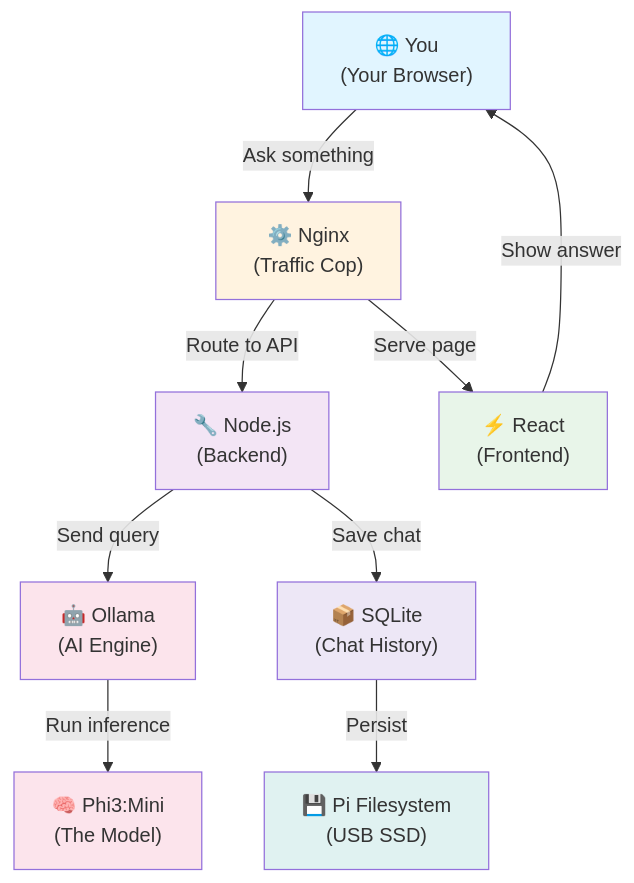
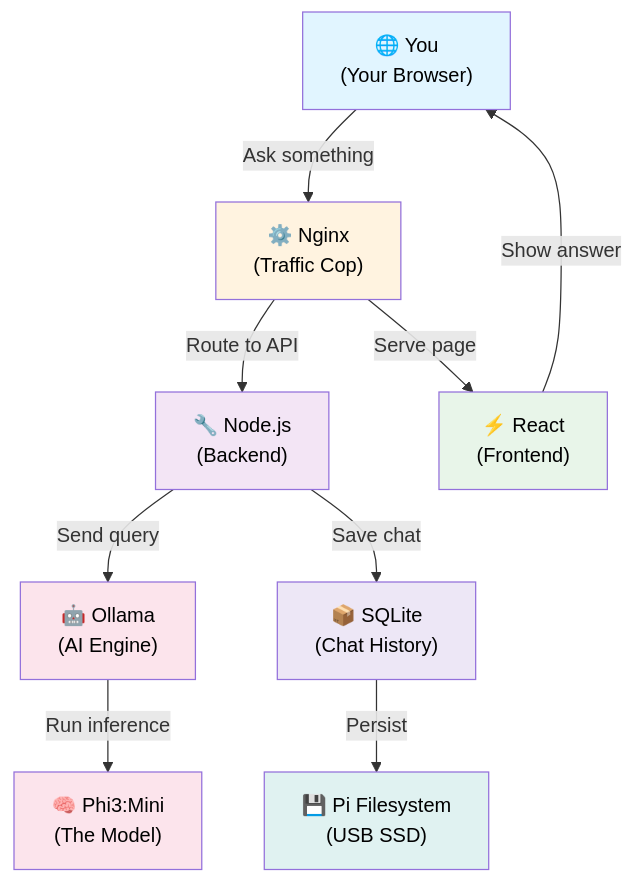
Before and after one commit to veeresh-bikkaneti/techtalkwith-veeresh: the diagram in _posts/2026-08-30-self-hosted-ai-chatbot-raspberry-pi-5.md, drawn with Mermaid. The commit also changed other lines of this file, not shown here.

Commit message:
Fix Pi 5 price and mermaid diagram contrast
- Correct hardware cost from $60 to $150 (title, intro, hardware
  section, key takeaways).
- The architecture diagram's node fills were hardcoded light
  pastels with no matching text color, so in the site's dark
  mermaid theme the text nearly disappeared against the light
  backgrounds. Add color:#000 to each style line, matching the
  pattern already used in the self-healing-test-suites post.
  Verified against the live page and a standalone render.

````diff
--- a/_posts/2026-08-30-self-hosted-ai-chatbot-raspberry-pi-5.md
+++ b/_posts/2026-08-30-self-hosted-ai-chatbot-raspberry-pi-5.md
@@ -21,29 +21,29 @@
 ```mermaid
 graph TB
     User["🌐 You<br/>(Your Browser)"]
     Nginx["⚙️ Nginx<br/>(Traffic Cop)"]
     Backend["🔧 Node.js<br/>(Backend)"]
     React["⚡ React<br/>(Frontend)"]
     Ollama["🤖 Ollama<br/>(AI Engine)"]
     Model["🧠 Phi3:Mini<br/>(The Model)"]
     SQLite["📦 SQLite<br/>(Chat History)"]
     Filesystem["💾 Pi Filesystem<br/>(USB SSD)"]
 
     User -->|"Ask something"| Nginx
     Nginx -->|"Route to API"| Backend
     Nginx -->|"Serve page"| React
     Backend -->|"Send query"| Ollama
     Ollama -->|"Run inference"| Model
     Backend -->|"Save chat"| SQLite
     SQLite -->|"Persist"| Filesystem
     React -->|"Show answer"| User
 
-    style User fill:#e1f5ff
-    style Nginx fill:#fff3e0
-    style Backend fill:#f3e5f5
-    style React fill:#e8f5e9
-    style Ollama fill:#fce4ec
-    style Model fill:#fce4ec
-    style SQLite fill:#ede7f6
-    style Filesystem fill:#e0f2f1
+    style User fill:#e1f5ff,color:#000
+    style Nginx fill:#fff3e0,color:#000
+    style Backend fill:#f3e5f5,color:#000
+    style React fill:#e8f5e9,color:#000
+    style Ollama fill:#fce4ec,color:#000
+    style Model fill:#fce4ec,color:#000
+    style SQLite fill:#ede7f6,color:#000
+    style Filesystem fill:#e0f2f1,color:#000
 ```
````
